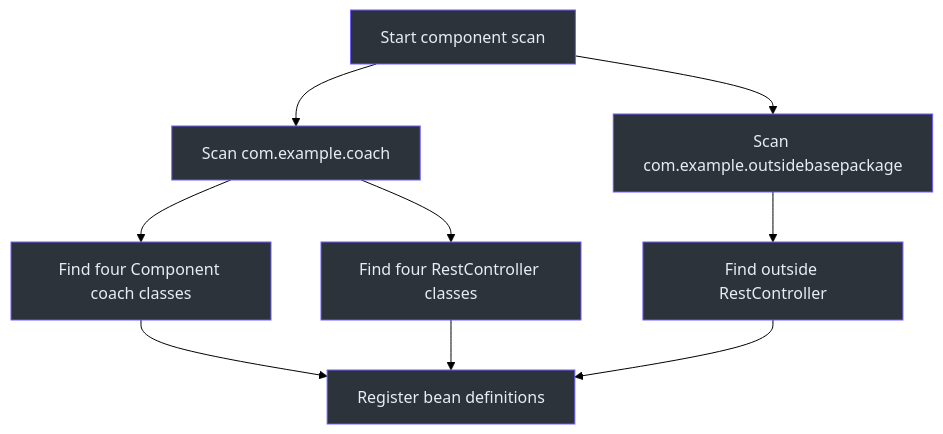
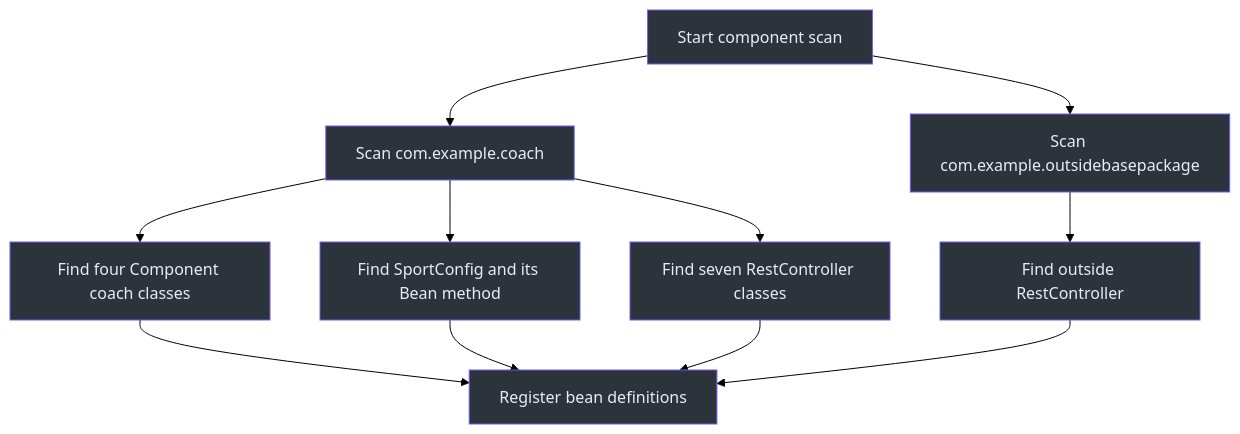
One commit to namelessnode/springboot4-chad-darby changed the third of 13 diagrams in 02-spring-boot-core/coach/notes.md. Above: the diagram before and after it, drawn with Mermaid (forest theme). The commit also changed other lines of this file and 9 other files, not shown here.

````diff
--- a/02-spring-boot-core/coach/notes.md
+++ b/02-spring-boot-core/coach/notes.md
@@ -207,13 +218,15 @@
 ```mermaid
 flowchart TD
     Start[Start component scan] --> Root1[Scan com.example.coach]
     Start --> Root2[Scan com.example.outsidebasepackage]
     Root1 --> Coaches[Find four Component coach classes]
-    Root1 --> LocalControllers[Find four RestController classes]
+    Root1 --> Config[Find SportConfig and its Bean method]
+    Root1 --> LocalControllers[Find seven RestController classes]
     Root2 --> OutsideController[Find outside RestController]
     Coaches --> Register[Register bean definitions]
+    Config --> Register
     LocalControllers --> Register
     OutsideController --> Register
     classDef dark fill:#2d333b,stroke:#6d5dfc,color:#e6edf3
-    class Start,Root1,Root2,Coaches,LocalControllers,OutsideController,Register dark
+    class Start,Root1,Root2,Coaches,Config,LocalControllers,OutsideController,Register dark
 ```
````
